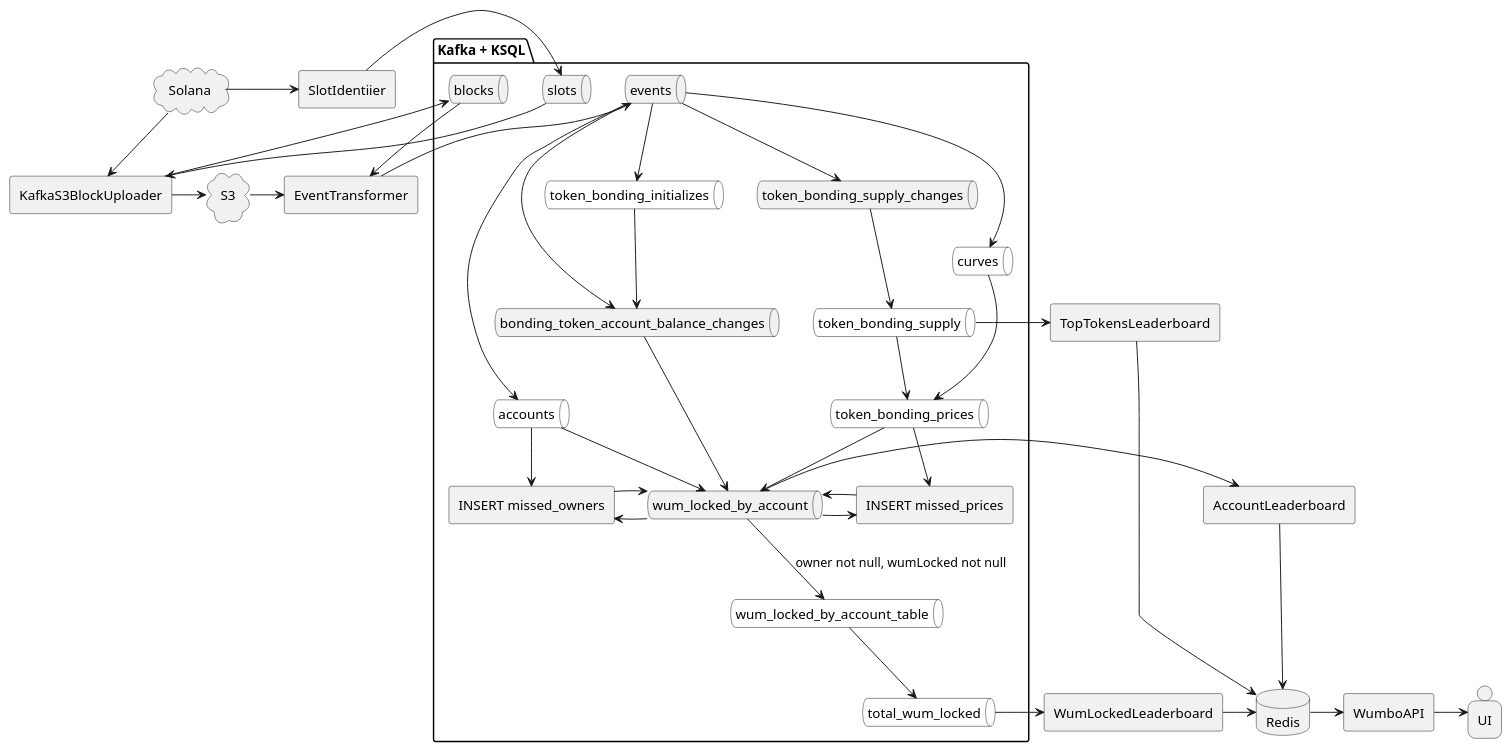
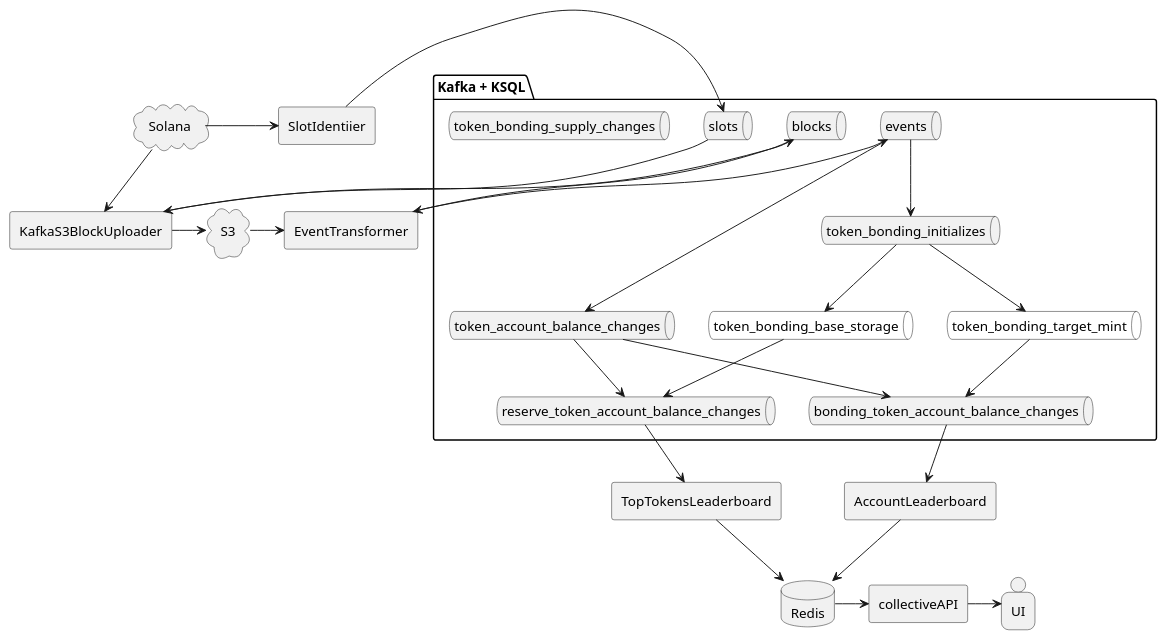
The diagram in architecture.puml (StrataFoundation/strata-data-pipelines), drawn with PlantUML before and after one commit. The commit also changed 9 other files, not shown here.

```diff
--- a/architecture.puml
+++ b/architecture.puml
@@ -1,92 +1,60 @@
 @startuml architecture
 
 package "Kafka + KSQL" as k {
-  queue accounts #fff
   queue blocks
   queue slots
+  queue token_account_balance_changes
   queue bonding_token_account_balance_changes
-  queue token_bonding_initializes #fff
-  queue curves #fff
+  queue reserve_token_account_balance_changes
+  queue token_bonding_initializes
+  queue token_bonding_base_storage #fff
+  queue token_bonding_target_mint #fff
   queue events
-  queue token_bonding_prices #fff
-  queue token_bonding_supply #fff
   queue token_bonding_supply_changes
-  queue total_wum_locked #fff
-  queue wum_locked_by_account
-  queue wum_locked_by_account_table #fff
 
     
   events --> token_bonding_initializes
 
-  events --> bonding_token_account_balance_changes
-  token_bonding_initializes --> bonding_token_account_balance_changes
-
-  events --> token_bonding_supply_changes
-
-  token_bonding_supply_changes --> token_bonding_supply
-
-  events --> curves
-
-  events --> accounts
-
-  token_bonding_supply --> token_bonding_prices
-  curves --> token_bonding_prices
-
-  bonding_token_account_balance_changes --> wum_locked_by_account
-  token_bonding_prices --> wum_locked_by_account
-  accounts --> wum_locked_by_account
-
-  agent "INSERT missed_owners" as missed_owners
-  agent "INSERT missed_prices" as missed_prices
-
-  token_bonding_prices -> missed_prices
-  accounts -> missed_owners
-  wum_locked_by_account -> missed_owners
-  wum_locked_by_account -> missed_prices
-
-  missed_owners -> wum_locked_by_account
-  missed_prices -> wum_locked_by_account
-
-  wum_locked_by_account_table --> total_wum_locked
-
-  wum_locked_by_account --> wum_locked_by_account_table : owner not null, wumLocked not null
+  events --> token_account_balance_changes
+  token_bonding_initializes --> token_bonding_target_mint
+  token_bonding_target_mint --> bonding_token_account_balance_changes
+  token_bonding_initializes --> token_bonding_base_storage
+  token_account_balance_changes --> bonding_token_account_balance_changes
+  token_account_balance_changes --> reserve_token_account_balance_changes
+  token_bonding_base_storage --> reserve_token_account_balance_changes
 }
 
 agent KafkaS3BlockUploader
 agent AccountLeaderboard
-agent WumLockedLeaderboard
 agent TopTokensLeaderboard
-agent WumboAPI
+agent collectiveAPI
 agent SlotIdentiier
 
 cloud Solana
 cloud S3
 database Redis
 person UI
 
 Solana -> SlotIdentiier
 SlotIdentiier -> slots
 Solana --> KafkaS3BlockUploader
 slots --> KafkaS3BlockUploader
 KafkaS3BlockUploader -> blocks
 KafkaS3BlockUploader -> S3
 
 agent EventTransformer
 
 S3 -> EventTransformer
 blocks --> EventTransformer
 EventTransformer -> events
 
-total_wum_locked -> WumLockedLeaderboard
-WumLockedLeaderboard -> Redis
+TopTokensLeaderboard --> Redis
 
-token_bonding_supply -> TopTokensLeaderboard
-TopTokensLeaderboard -> Redis
+bonding_token_account_balance_changes --> AccountLeaderboard
+reserve_token_account_balance_changes --> TopTokensLeaderboard
+AccountLeaderboard --> Redis
 
-wum_locked_by_account -> AccountLeaderboard
-AccountLeaderboard -> Redis
+Redis -> collectiveAPI
 
-Redis -> WumboAPI
-
-WumboAPI -> UI
+collectiveAPI -> UI
 @enduml
```
